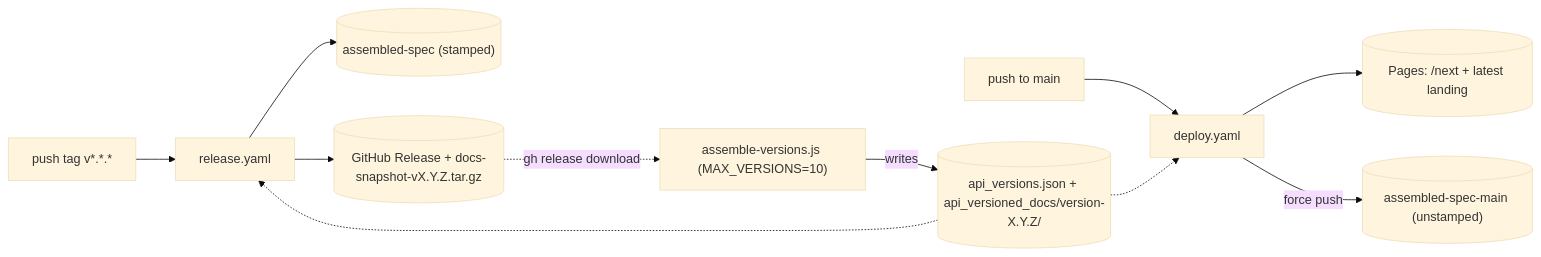
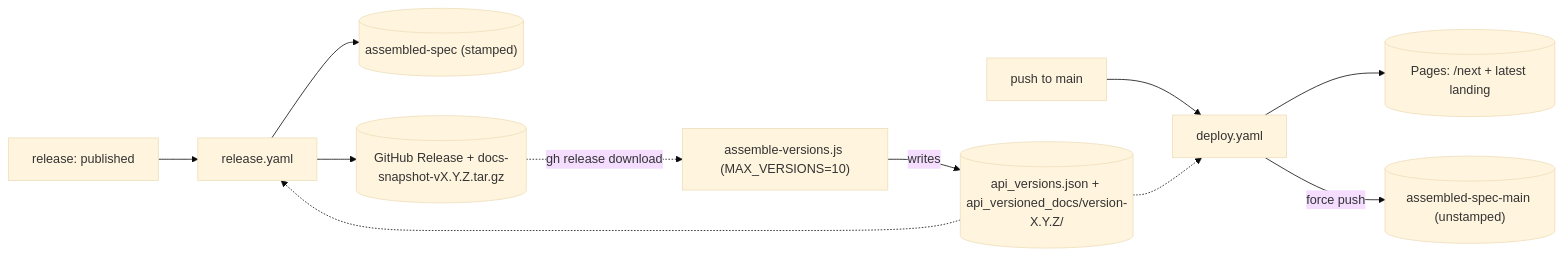
The second of 2 diagrams in .github/workflows/README.md (open-rpc/execution-apis), drawn with Mermaid (base theme) before and after one commit. The commit also changed other lines of this file and 1 other file, not shown here.

Commit message:
fix: consolidate to single release path conditioned on publish/prerelease

````diff
--- a/.github/workflows/README.md
+++ b/.github/workflows/README.md
@@ -47,14 +47,14 @@
 ```mermaid
 flowchart LR
   mainPush["push to main"] --> deployWf[deploy.yaml]
   deployWf --> pagesMain[("Pages: /next + latest landing")]
   deployWf -->|"force push"| assembledMain[("assembled-spec-main (unstamped)")]
 
-  tagPush["push tag v*.*.*"] --> releaseWf2[release.yaml]
+  releasePublish2["release: published"] --> releaseWf2[release.yaml]
   releaseWf2 --> assembledSpec2[("assembled-spec (stamped)")]
   releaseWf2 --> ghRel[("GitHub Release + docs-snapshot-vX.Y.Z.tar.gz")]
   ghRel -.->|"gh release download"| assembleScript["assemble-versions.js (MAX_VERSIONS=10)"]
   assembleScript -->|"writes"| apiVersions[("api_versions.json + api_versioned_docs/version-X.Y.Z/")]
   apiVersions -.-> deployWf
   apiVersions -.-> releaseWf2
 ```
````
